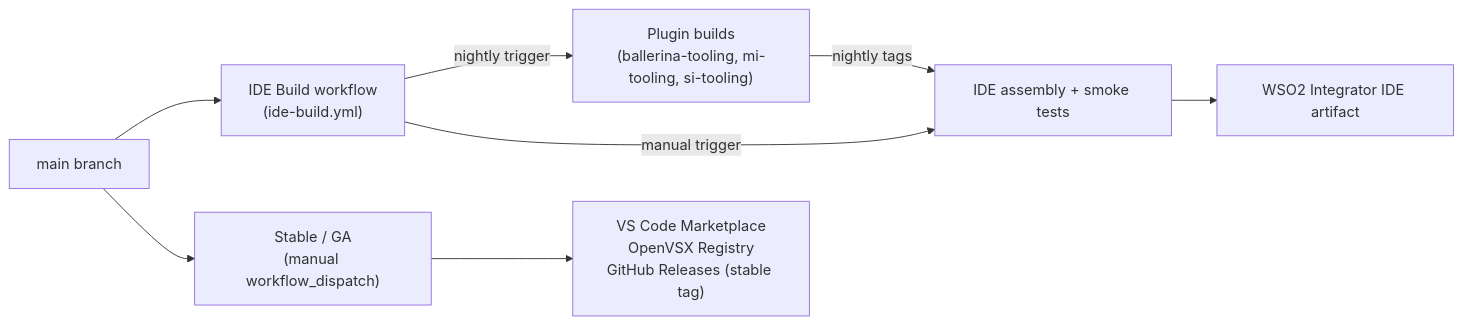
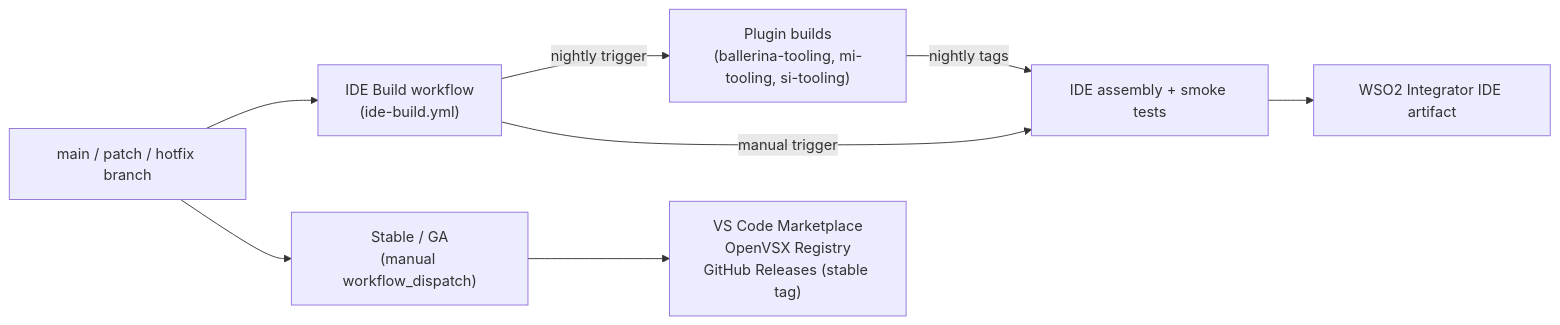
One commit to NipunaRanasinghe/wso2i-process-guides changed the second of 2 diagrams in docs/04-cicd-pipelines.md. Above: the diagram before and after it, drawn with Mermaid. The commit also changed other lines of this file, not shown here.

Commit message:
Update CI/CD documentation to clarify pull request and release branch references

````diff
--- a/docs/04-cicd-pipelines.md
+++ b/docs/04-cicd-pipelines.md
@@ -32,10 +32,10 @@
 ```mermaid
 graph LR
-    M["main branch"] --> IB["IDE Build workflow<br>(ide-build.yml)"]
+    M["main / patch / hotfix branch"] --> IB["IDE Build workflow<br>(ide-build.yml)"]
     IB -->|nightly trigger| PL["Plugin builds<br>(ballerina-tooling, mi-tooling, si-tooling)"]
     PL -->|nightly tags| AS["IDE assembly + smoke tests"]
     IB -->|manual trigger| AS
     M --> S["Stable / GA<br>(manual workflow_dispatch)"]
     AS --> IA["WSO2 Integrator IDE artifact"]
     S --> ST["VS Code Marketplace<br>OpenVSX Registry<br>GitHub Releases (stable tag)"]
 ```
````
